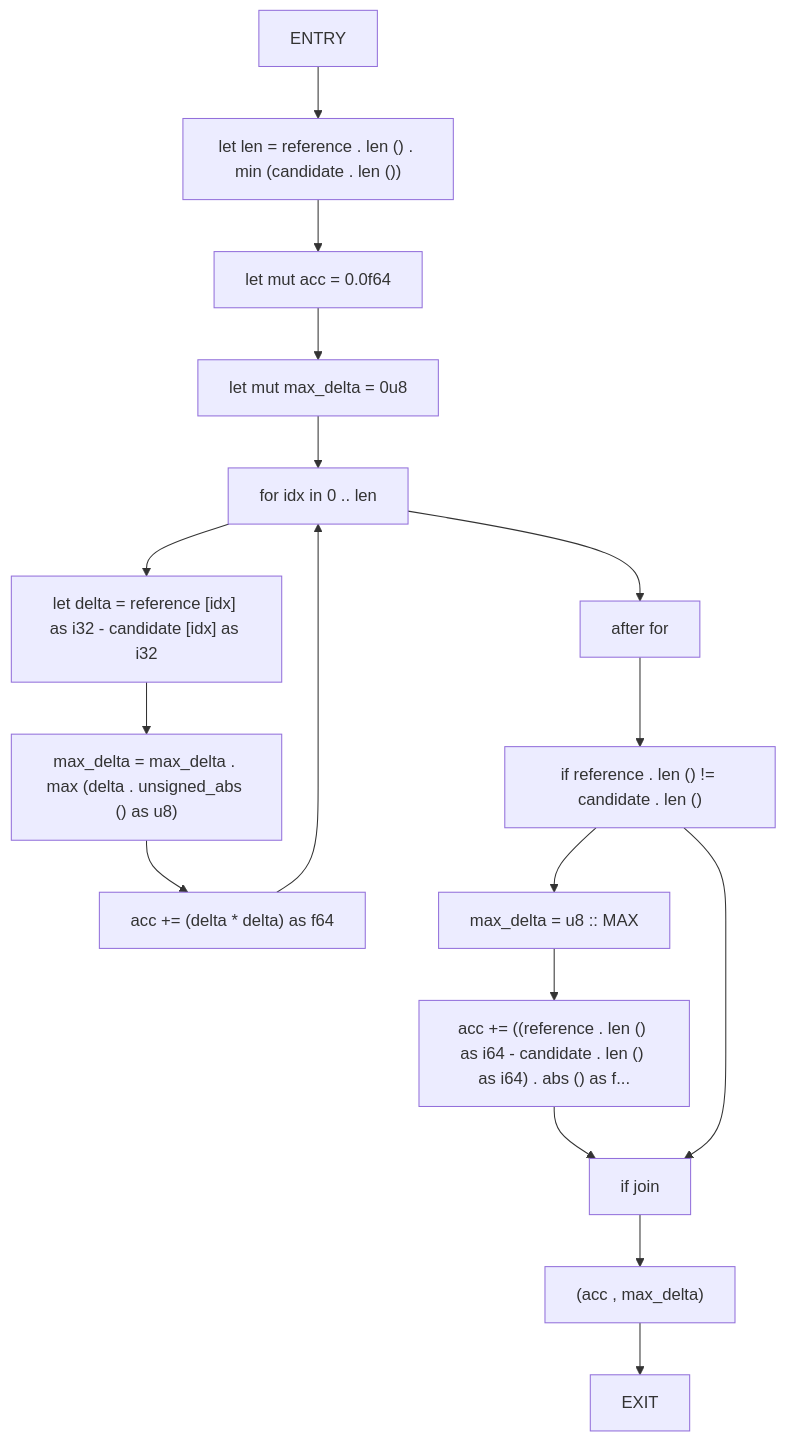
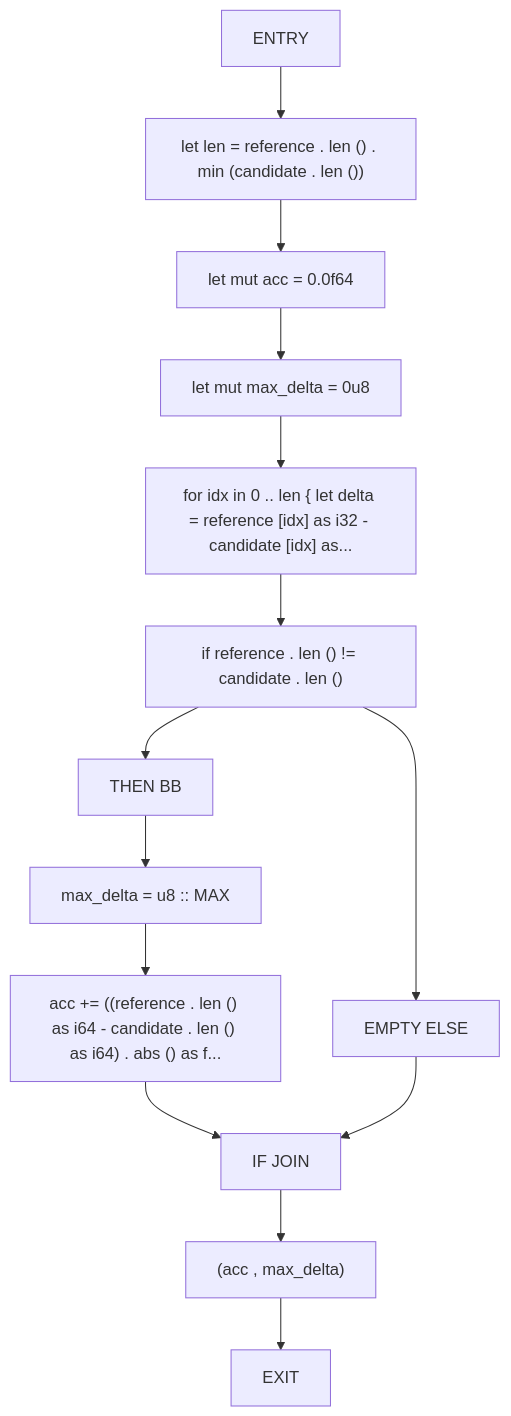
Diagram 14 of 40 in docs/analysis/cfg/010-src-01_page.md (cicero-violate/MMSB), drawn with Mermaid before and after one commit. The commit also changed other lines of this file and 865 other files, not shown here.

````diff
--- a/docs/analysis/cfg/010-src-01_page.md
+++ b/docs/analysis/cfg/010-src-01_page.md
@@ -479,34 +366,29 @@
 ```mermaid
 flowchart TD
     l2_distance_0["ENTRY"]
     l2_distance_1["let len = reference . len () . min (candidate . len ())"]
     l2_distance_2["let mut acc = 0.0f64"]
     l2_distance_3["let mut max_delta = 0u8"]
-    l2_distance_4["for idx in 0 .. len"]
-    l2_distance_5["let delta = reference [idx] as i32 - candidate [idx] as i32"]
-    l2_distance_6["max_delta = max_delta . max (delta . unsigned_abs () as u8)"]
-    l2_distance_7["acc += (delta * delta) as f64"]
-    l2_distance_8["after for"]
-    l2_distance_9["if reference . len () != candidate . len ()"]
-    l2_distance_10["max_delta = u8 :: MAX"]
-    l2_distance_11["acc += ((reference . len () as i64 - candidate . len () as i64) . abs () as f..."]
-    l2_distance_12["if join"]
-    l2_distance_13["(acc , max_delta)"]
-    l2_distance_14["EXIT"]
+    l2_distance_4["for idx in 0 .. len { let delta = reference [idx] as i32 - candidate [idx] as..."]
+    l2_distance_5["if reference . len () != candidate . len ()"]
+    l2_distance_6["THEN BB"]
+    l2_distance_7["max_delta = u8 :: MAX"]
+    l2_distance_8["acc += ((reference . len () as i64 - candidate . len () as i64) . abs () as f..."]
+    l2_distance_9["EMPTY ELSE"]
+    l2_distance_10["IF JOIN"]
+    l2_distance_11["(acc , max_delta)"]
+    l2_distance_12["EXIT"]
     l2_distance_0 --> l2_distance_1
     l2_distance_1 --> l2_distance_2
     l2_distance_2 --> l2_distance_3
     l2_distance_3 --> l2_distance_4
     l2_distance_4 --> l2_distance_5
     l2_distance_5 --> l2_distance_6
     l2_distance_6 --> l2_distance_7
-    l2_distance_7 --> l2_distance_4
-    l2_distance_4 --> l2_distance_8
-    l2_distance_8 --> l2_distance_9
+    l2_distance_7 --> l2_distance_8
+    l2_distance_5 --> l2_distance_9
+    l2_distance_8 --> l2_distance_10
     l2_distance_9 --> l2_distance_10
     l2_distance_10 --> l2_distance_11
     l2_distance_11 --> l2_distance_12
-    l2_distance_9 --> l2_distance_12
-    l2_distance_12 --> l2_distance_13
-    l2_distance_13 --> l2_distance_14
 ```
````
